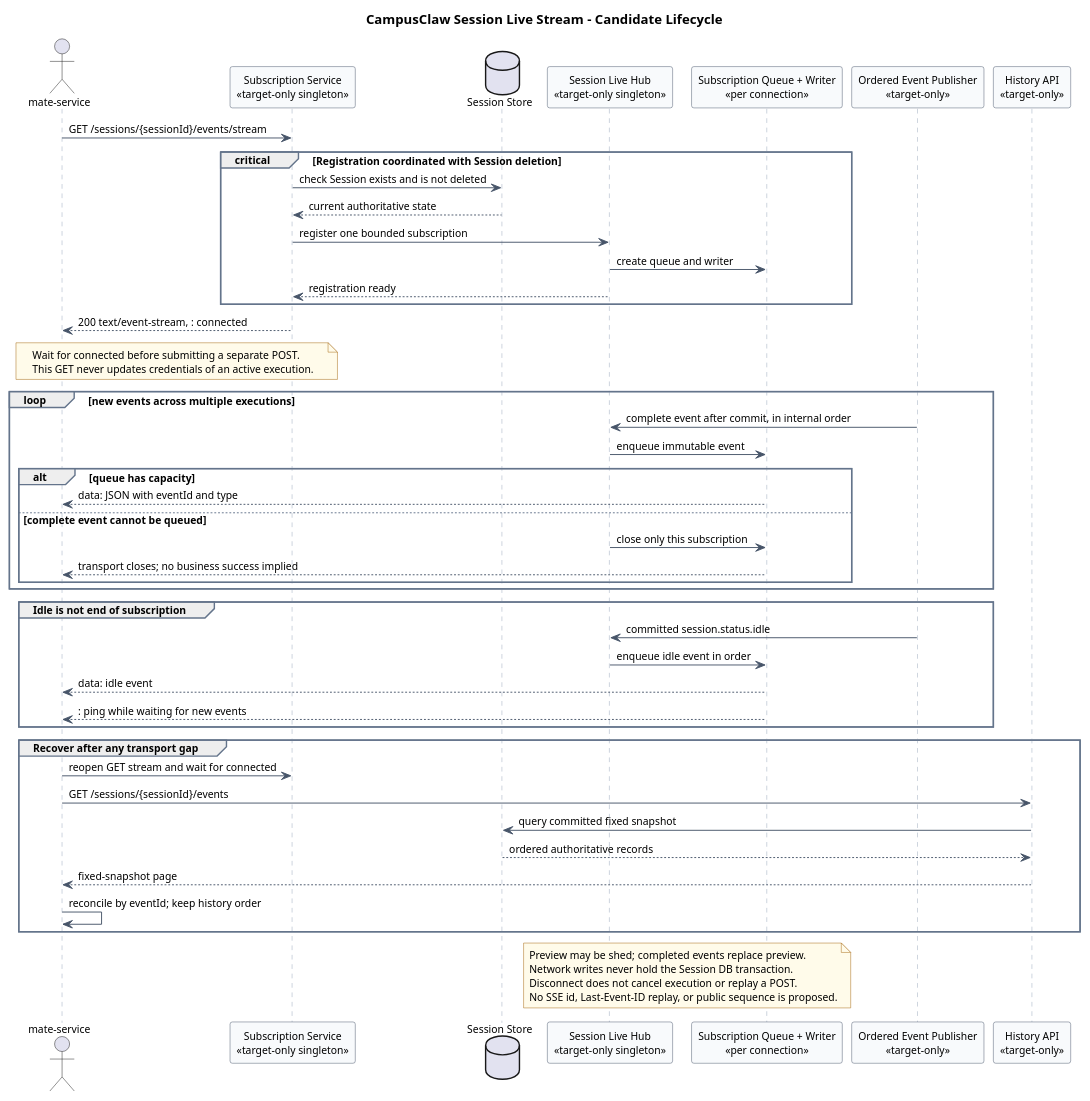
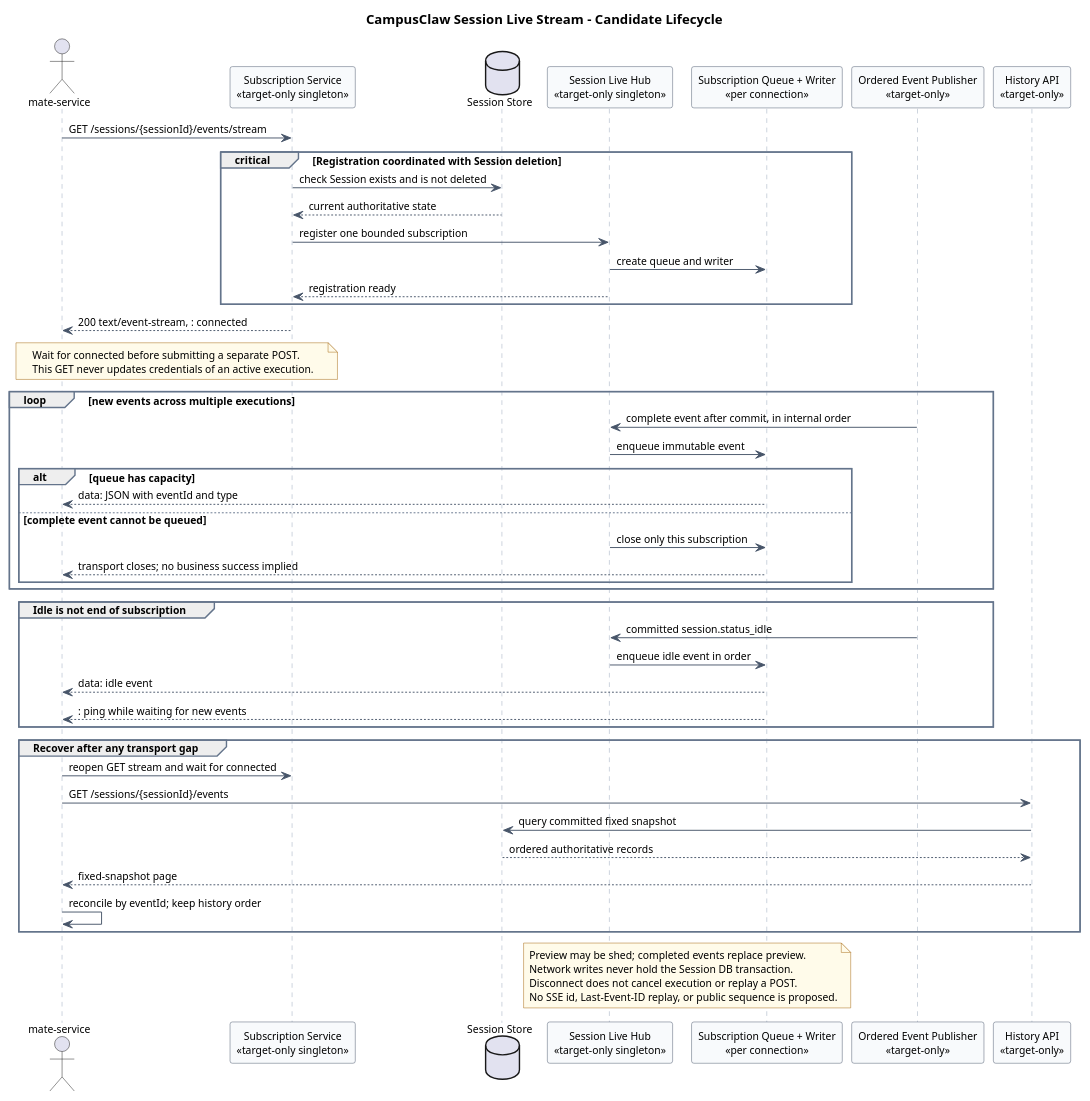
The third of 3 diagrams in 01-总体架构/01-CampusClaw多Agent运行时/设计图/事件接口重设计/diagram.puml (ssm0808/pi-mono-java-design), drawn with PlantUML before and after one commit. The commit also changed 10 other files, not shown here.

```diff
--- a/01-总体架构/01-CampusClaw多Agent运行时/设计图/事件接口重设计/diagram.puml
+++ b/01-总体架构/01-CampusClaw多Agent运行时/设计图/事件接口重设计/diagram.puml
@@ -283,88 +283,90 @@
 @startuml target_session_live_stream_lifecycle
 title CampusClaw Session Live Stream - Candidate Lifecycle
 
 ' Source evidence (pi-mono-java a8192e047f4061bd385297d3dc6c4358362d0d49):
 ' campusclaw/src/main/java/com/huawei/hicampus/claw/codingagent/runtimeapi/web/RuntimeEventController.java,
 ' RuntimeEventController.submit and list: POST-scoped SSE; no standalone GET stream.
 ' campusclaw/src/main/java/com/huawei/hicampus/claw/codingagent/runtimeapi/event/RuntimeEventStream.java,
 ' RuntimeEventStream.attach, emit, and emitBestEffort: one subscriber and bounded buffering.
 ' campusclaw/src/main/java/com/huawei/hicampus/claw/codingagent/runtimeapi/web/RuntimeSseEmitterSubscriber.java,
 ' onEvent and onHeartbeat: named SSE with optional id; heartbeat comments.
 ' The cited files are unchanged from c9d858bc8261bf07f5585f545b53495bf2226a56.
 ' Target-only architecture change: register Session-scoped subscriptions independently
 ' of execution; data-only frames and connected comments are unconfirmed proposals.
+' Confirmed product constraint (2026-09-04): idle uses session.status_idle.
+' This naming decision does not approve the candidate frame or preview structure.
 ' Design reason: distinguish subscription readiness, durable commit order, preview,
 ' and transport loss without cancelling or replaying an accepted user request.
 
 skinparam backgroundColor #FFFFFF
 skinparam shadowing false
 skinparam defaultFontName Arial
 skinparam defaultFontSize 11
 skinparam sequence {
   ArrowColor #475569
   ParticipantBorderColor #475569
   ParticipantBackgroundColor #F8FAFC
   LifeLineBorderColor #94A3B8
   GroupBorderColor #64748B
 }
 skinparam note {
   BackgroundColor #FFFBEA
   BorderColor #A16207
 }
 
 actor "mate-service" as Client
 participant "Subscription Service\n<<target-only singleton>>" as Service
 database "Session Store" as Store
 participant "Session Live Hub\n<<target-only singleton>>" as Hub
 participant "Subscription Queue + Writer\n<<per connection>>" as Connection
 participant "Ordered Event Publisher\n<<target-only>>" as Publisher
 participant "History API\n<<target-only>>" as History
 
 Client -> Service : GET /sessions/{sessionId}/events/stream
 critical Registration coordinated with Session deletion
   Service -> Store : check Session exists and is not deleted
   Store --> Service : current authoritative state
   Service -> Hub : register one bounded subscription
   Hub -> Connection : create queue and writer
   Hub --> Service : registration ready
 end
 Service --> Client : 200 text/event-stream, : connected
 note over Client,Service
 Wait for connected before submitting a separate POST.
 This GET never updates credentials of an active execution.
 end note
 
 loop new events across multiple executions
   Publisher -> Hub : complete event after commit, in internal order
   Hub -> Connection : enqueue immutable event
   alt queue has capacity
     Connection --> Client : data: JSON with eventId and type
   else complete event cannot be queued
     Hub -> Connection : close only this subscription
     Connection --> Client : transport closes; no business success implied
   end
 end
 
 group Idle is not end of subscription
-  Publisher -> Hub : committed session.status.idle
+  Publisher -> Hub : committed session.status_idle
   Hub -> Connection : enqueue idle event in order
   Connection --> Client : data: idle event
   Connection --> Client : : ping while waiting for new events
 end
 
 group Recover after any transport gap
   Client -> Service : reopen GET stream and wait for connected
   Client -> History : GET /sessions/{sessionId}/events
   History -> Store : query committed fixed snapshot
   Store --> History : ordered authoritative records
   History --> Client : fixed-snapshot page
   Client -> Client : reconcile by eventId; keep history order
 end
 
 note over Hub,Connection
 Preview may be shed; completed events replace preview.
 Network writes never hold the Session DB transaction.
 Disconnect does not cancel execution or replay a POST.
 No SSE id, Last-Event-ID replay, or public sequence is proposed.
 end note
 @enduml
```
